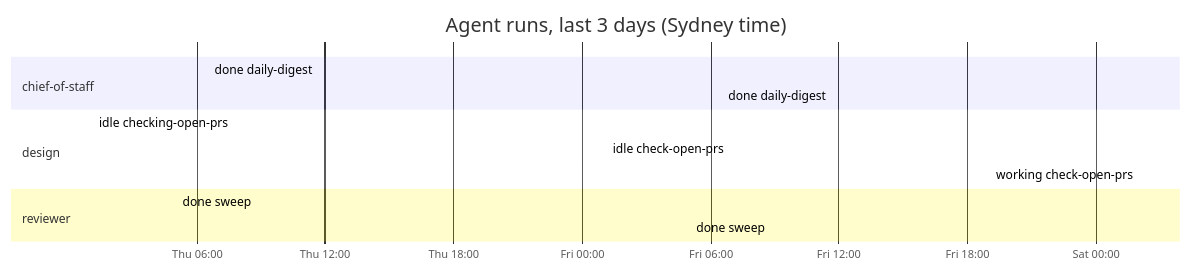
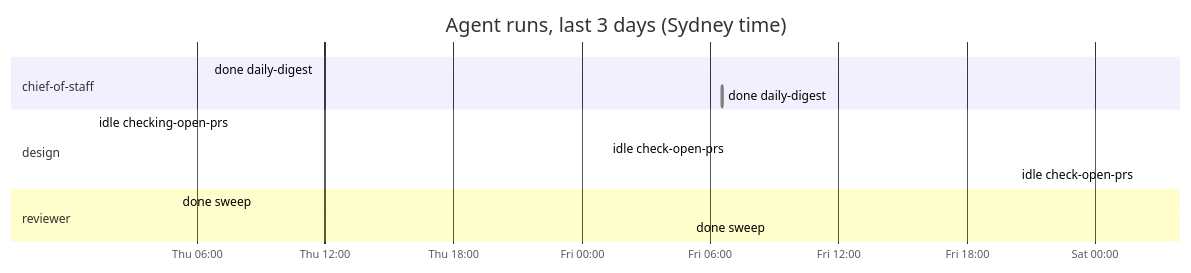
The diagram in dashboard.md (roulmediateam-byte/fifteen-expert-hq), drawn with Mermaid before and after one commit. The commit also changed other lines of this file and 1 other file, not shown here.

````diff
--- a/dashboard.md
+++ b/dashboard.md
@@ -39,16 +39,16 @@
 ```mermaid
 gantt
     title Agent runs, last 3 days (Sydney time)
     dateFormat YYYY-MM-DD HH:mm
     axisFormat %a %H:%M
     section chief-of-staff
     done daily-digest :done, 2026-11-12 06:35, 2026-11-12 06:36
     done daily-digest :done, 2026-11-13 06:34, 2026-11-13 06:36
     section design
     idle checking-open-prs :done, 2026-11-12 01:11, 2026-11-12 01:12
     idle check-open-prs :done, 2026-11-13 01:11, 2026-11-13 01:11
-    working check-open-prs :active, 2026-11-14 02:01, 2026-11-14 02:01
+    idle check-open-prs :done, 2026-11-14 02:01, 2026-11-14 02:02
     section reviewer
     done sweep :done, 2026-11-12 05:05, 2026-11-12 05:06
     done sweep :done, 2026-11-13 05:05, 2026-11-13 05:05
 ```
````
